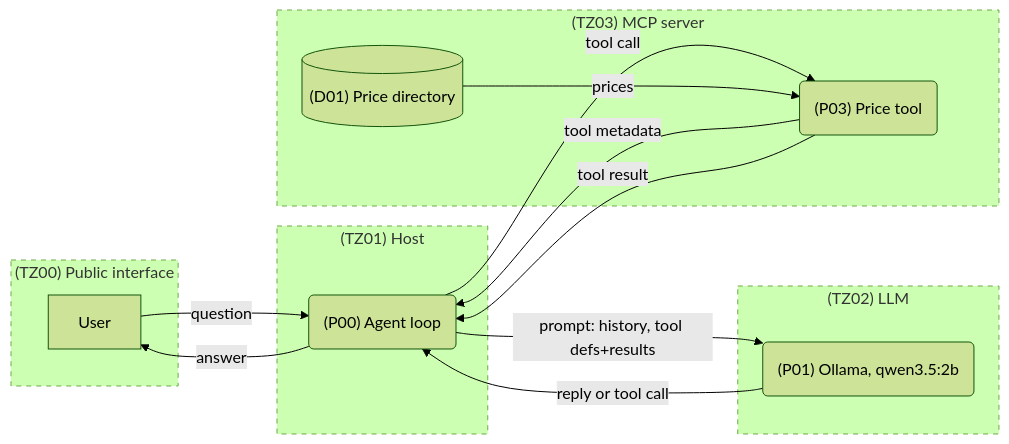
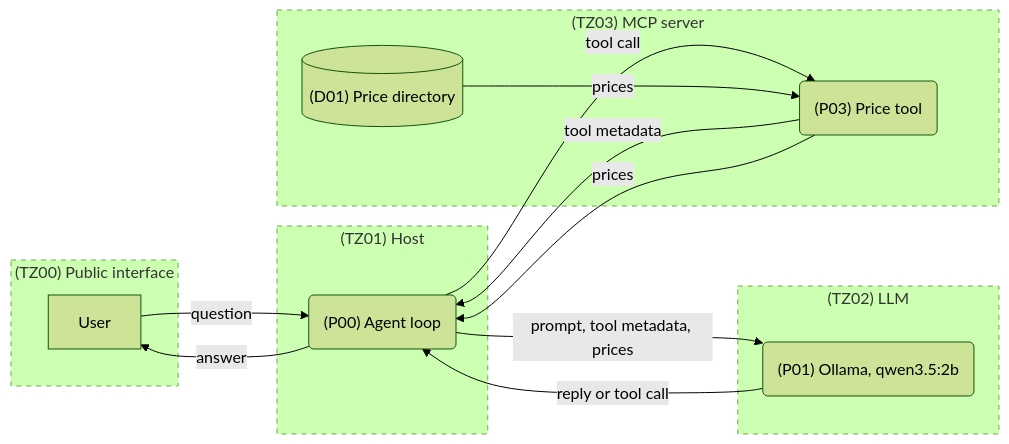
One commit to alibaabaa/alibaabaa.github.io changed the diagram in _posts/2026-10-02-threat-modelling-ai-systems-2.md. Above: the diagram before and after it, drawn with Mermaid (forest theme). The commit also changed other lines of this file, not shown here.

Commit message:
minor wording fixes

````diff
--- a/_posts/2026-10-02-threat-modelling-ai-systems-2.md
+++ b/_posts/2026-10-02-threat-modelling-ai-systems-2.md
@@ -12,28 +12,28 @@
 ```mermaid
 flowchart LR
   subgraph TZ0["(TZ00) Public interface"]
     C[User]
   end
   subgraph TZ1["(TZ01) Host"]
     H("(P00) Agent loop")
   end
   subgraph TZ2["(TZ02) LLM"]
     M("(P01) Ollama, qwen3.5:2b")
   end
   subgraph TZ3["(TZ03) MCP server"]
     S("(P03) Price tool")
     D[("(D01) Price directory")]
   end
   C -- "question" --> H
   H -- "answer" --> C
-  H -- "prompt: history, tool defs+results" --> M
+  H -- "prompt, tool metadata, prices" --> M
   M -- "reply or tool call" --> H
   S -- "tool metadata" --> H
   H -- "tool call" --> S
-  S -- "tool result" --> H
+  S -- "prices" --> H
   D -- "prices" --> S
   style TZ0 stroke-dasharray: 5 5
   style TZ1 stroke-dasharray: 5 5
   style TZ2 stroke-dasharray: 5 5
   style TZ3 stroke-dasharray: 5 5
 ```
````
